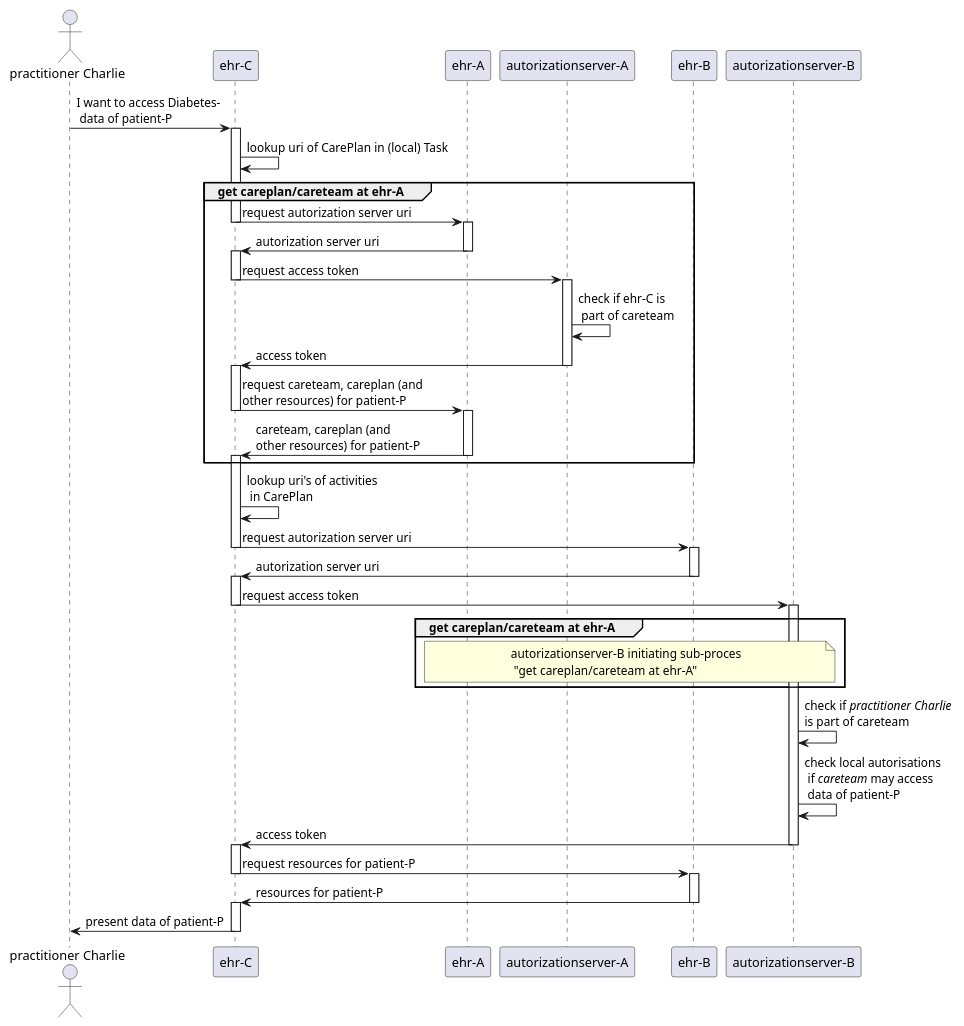
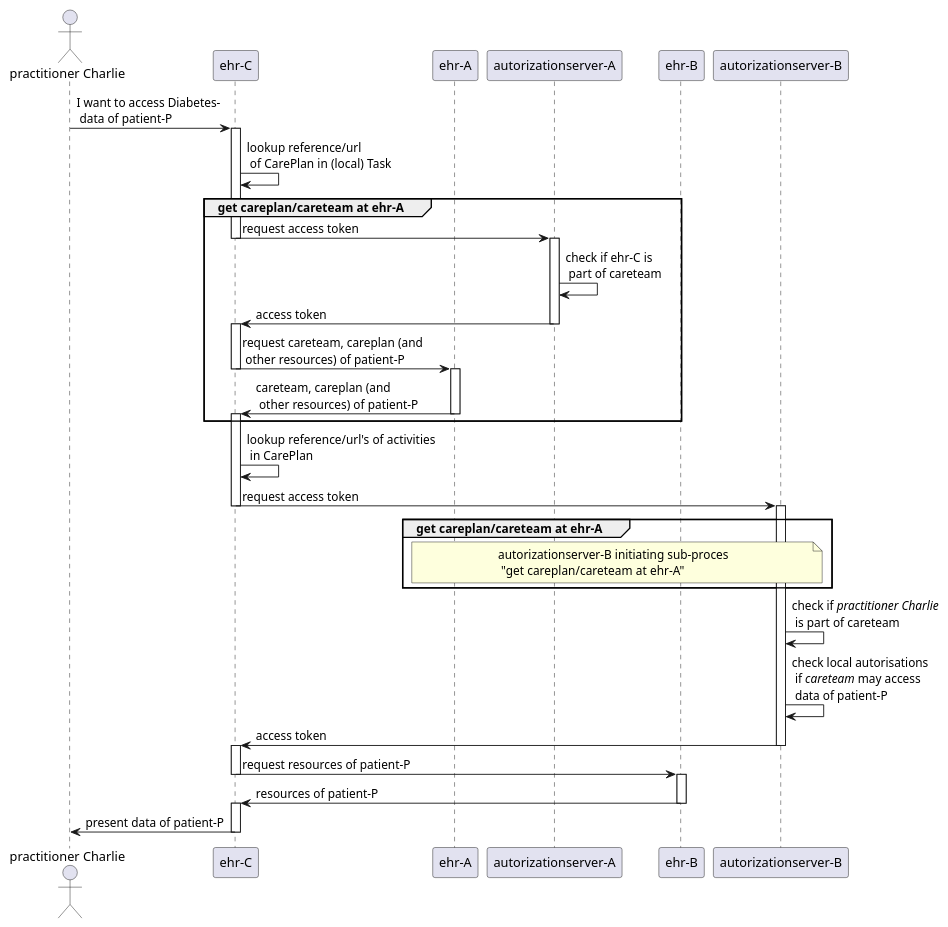
One commit to SanteonNL/shared-care-planning changed the diagram in input/images-source/example1-retrievingdata.puml. Above: the diagram before and after it, drawn with PlantUML. The commit also changed 2 other files, not shown here.

Commit message:
simplify sequence

```diff
--- a/input/images-source/example1-retrievingdata.puml
+++ b/input/images-source/example1-retrievingdata.puml
@@ -1,65 +1,51 @@
 @startuml example1-retrievingdata
 participant "autorizationserver-A" as asa order 40
 participant "autorizationserver-B" as asb order 60
 participant "ehr-A" as ehra order 30
 participant "ehr-B" as ehrb order 50
 participant "ehr-C" as ehrc order 20
 actor "practitioner Charlie" as prc order 10
 
 prc -> ehrc : I want to access Diabetes-\n data of patient-P
 activate ehrc
-ehrc -> ehrc : lookup uri of CarePlan in (local) Task
+ehrc -> ehrc : lookup reference/url\n of CarePlan in (local) Task
 
 
 group get careplan/careteam at ehr-A
-    
-    ehrc -> ehra : request autorization server uri
-    deactivate ehrc
-    activate ehra
-    ehra -> ehrc : autorization server uri
-    deactivate ehra
-    activate ehrc
     ehrc -> asa : request access token
     deactivate ehrc
     activate asa
     asa -> asa : check if ehr-C is\n part of careteam
     
     asa -> ehrc : access token
     deactivate asa
     activate ehrc
-    ehrc -> ehra : request careteam, careplan (and \nother resources) for patient-P
+    ehrc -> ehra : request careteam, careplan (and\n other resources) of patient-P
     deactivate ehrc
     activate ehra
-    ehra -> ehrc : careteam, careplan (and \nother resources) for patient-P
+    ehra -> ehrc : careteam, careplan (and\n other resources) of patient-P
     deactivate ehra
     activate ehrc
 end
 
-ehrc -> ehrc : lookup uri's of activities\n in CarePlan
-
-ehrc -> ehrb : request autorization server uri
-deactivate ehrc
-activate ehrb
-ehrb -> ehrc : autorization server uri
-deactivate ehrb
-activate ehrc
+ehrc -> ehrc : lookup reference/url's of activities\n in CarePlan
 ehrc -> asb : request access token
 deactivate ehrc
 activate asb
 group  get careplan/careteam at ehr-A
     note over asb, ehra : autorizationserver-B initiating sub-proces\n "get careplan/careteam at ehr-A"
 end
-asb -> asb : check if //practitioner Charlie// \nis part of careteam
+asb -> asb : check if //practitioner Charlie//\n is part of careteam
 asb -> asb : check local autorisations\n if //careteam// may access\n data of patient-P
 asb -> ehrc : access token
 deactivate asb
 activate ehrc
-ehrc -> ehrb : request resources for patient-P
+ehrc -> ehrb : request resources of patient-P
 deactivate ehrc
 activate ehrb
-ehrb -> ehrc : resources for patient-P
+ehrb -> ehrc : resources of patient-P
 deactivate ehrb
 activate ehrc
 ehrc -> prc : present data of patient-P
 deactivate ehrc
 @enduml
```
